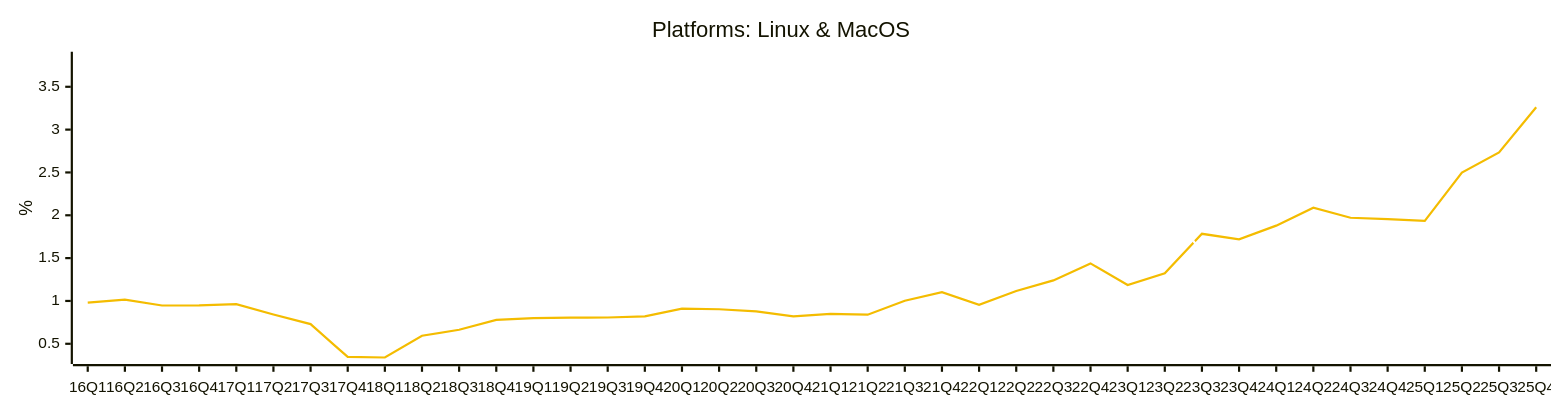
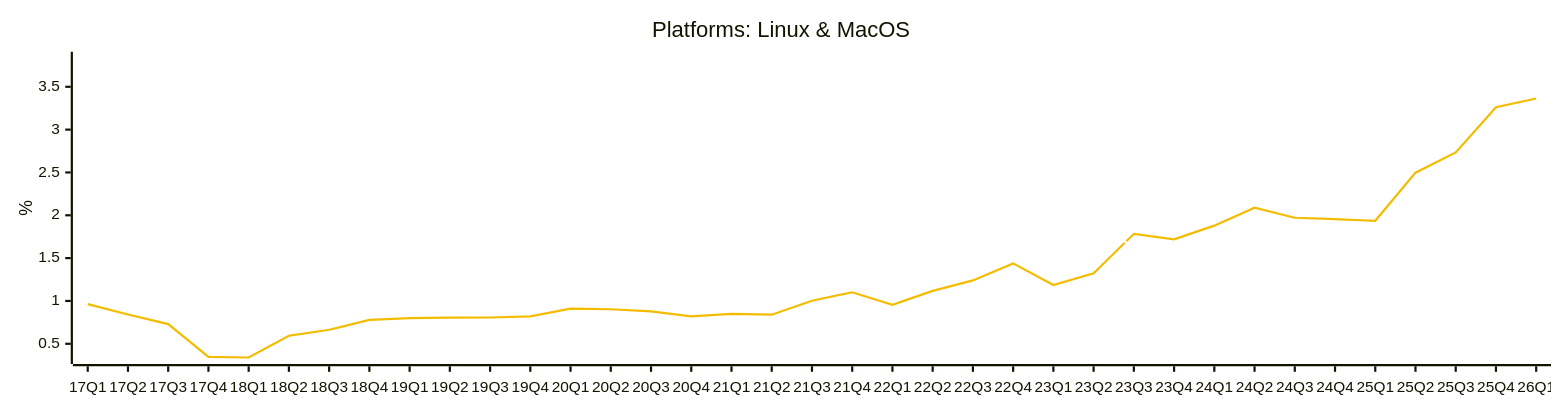
Before and after one commit to jdegene/steamHWsurvey: diagram 14 of 31 in README.md, drawn with Mermaid. The commit also changed other lines of this file and 3 other files, not shown here.

````diff
--- a/README.md
+++ b/README.md
@@ -453,20 +453,20 @@
 ```mermaid
 ---
 config:
     xyChart:
         width: 1400
         height: 350
         
     themeVariables:
         xyChart:
             plotColorPalette: "#F4BC00,#FFFFFF"
 
 --- 
 
 xychart-beta
     title "Platforms: Linux & MacOS"
-    x-axis [16Q1, 16Q2, 16Q3, 16Q4, 17Q1, 17Q2, 17Q3, 17Q4, 18Q1, 18Q2, 18Q3, 18Q4, 19Q1, 19Q2, 19Q3, 19Q4, 20Q1, 20Q2, 20Q3, 20Q4, 21Q1, 21Q2, 21Q3, 21Q4, 22Q1, 22Q2, 22Q3, 22Q4, 23Q1, 23Q2, 23Q3, 23Q4, 24Q1, 24Q2, 24Q3, 24Q4, 25Q1, 25Q2, 25Q3, 25Q4]
+    x-axis [17Q1, 17Q2, 17Q3, 17Q4, 18Q1, 18Q2, 18Q3, 18Q4, 19Q1, 19Q2, 19Q3, 19Q4, 20Q1, 20Q2, 20Q3, 20Q4, 21Q1, 21Q2, 21Q3, 21Q4, 22Q1, 22Q2, 22Q3, 22Q4, 23Q1, 23Q2, 23Q3, 23Q4, 24Q1, 24Q2, 24Q3, 24Q4, 25Q1, 25Q2, 25Q3, 25Q4, 26Q1]
     y-axis "%" 
-    line [0.9794101283402314, 1.0146741158828476, 0.9468918401389523, 0.9472632343314493, 0.9629629629629629, 0.8423321167084589, 0.7295250063832225, 0.34668011817717975, 0.3398441306938039, 0.593525424245181, 0.6635581054241466, 0.7792481571540832, 0.7990978622832221, 0.8058119058824723, 0.8067585706598311, 0.8207457332870973, 0.9099957124504154, 0.9030286917823623, 0.8788043122276098, 0.8207647312985304, 0.849437247823317, 0.8395141763634049, 1.0026071423190688, 1.101331564818539, 0.9541877779899417, 1.1169806037716354, 1.239522611427655, 1.4385604115105164, 1.1853985164006193, 1.322420043350276, 1.7838913196090922, 1.7184094503474305, 1.8789606726989223, 2.0875864781679585, 1.9709605011684648, 1.9549152742872884, 1.9352274566892893, 2.497657992915939, 2.734377001977596, 3.2605972734749153]
-    line [3.4266963822913423, 3.6059750713923715, 3.4302838264633007, 3.4924043181996067, 3.216630196936542, 3.004129474095911, 2.9447565259599298, 1.435682107395198, 1.430910150994627, 2.9938298498795453, 2.823870594502083, 3.1158821949711433, 3.217267240929559, 3.0001411831144997, 3.002216244907254, 3.040510286507167, 3.364364205649554, 3.832442067736185, 3.3352458205559405, 3.181915313214408, 3.1630112200550875, 2.7983351630961173, 2.49275301274799, 2.6943252265140676, 2.583985782083982, 2.313946216385241, 2.331434627102927, 2.379708991408111, 2.1308509808416556, 2.1483948101606822, 1.5676751098470096, 1.361030106909568, 1.4162036189390939, 1.3421722666974256, 1.3103909436762908, 1.3046685143432795, 1.30661898329446, 1.7428606096422532, 1.850120918737636, 2.0933264346933806]
+    line [0.9629629629629629, 0.8423321167084589, 0.7295250063832225, 0.34668011817717975, 0.3398441306938039, 0.593525424245181, 0.6635581054241466, 0.7792481571540832, 0.7990978622832221, 0.8058119058824723, 0.8067585706598314, 0.8207457332870973, 0.9099957124504154, 0.9030286917823623, 0.8788043122276098, 0.8207647312985304, 0.849437247823317, 0.8395141763634049, 1.0026071423190688, 1.101331564818539, 0.9541877779899417, 1.1169806037716354, 1.239522611427655, 1.4385604115105164, 1.1853985164006193, 1.322420043350276, 1.7838913196090922, 1.7184094503474305, 1.8789606726989223, 2.0875864781679585, 1.9709605011684648, 1.9549152742872884, 1.9352274566892893, 2.4976579929159386, 2.734377001977596, 3.2605972734749162, 3.3634126333059884]
+    line [3.216630196936543, 3.004129474095911, 2.9447565259599298, 1.435682107395198, 1.430910150994627, 2.9938298498795453, 2.823870594502083, 3.1158821949711433, 3.217267240929559, 3.0001411831144997, 3.002216244907254, 3.0405102865071676, 3.364364205649554, 3.832442067736185, 3.3352458205559405, 3.181915313214408, 3.1630112200550875, 2.7983351630961177, 2.49275301274799, 2.6943252265140676, 2.583985782083982, 2.313946216385241, 2.331434627102927, 2.379708991408111, 2.1308509808416556, 2.1483948101606822, 1.5676751098470096, 1.361030106909568, 1.4162036189390939, 1.3421722666974256, 1.3103909436762908, 1.3046685143432795, 1.30661898329446, 1.7428606096422532, 1.850120918737636, 2.0933264346933806, 2.0092735703245745]
 ``` 
````
